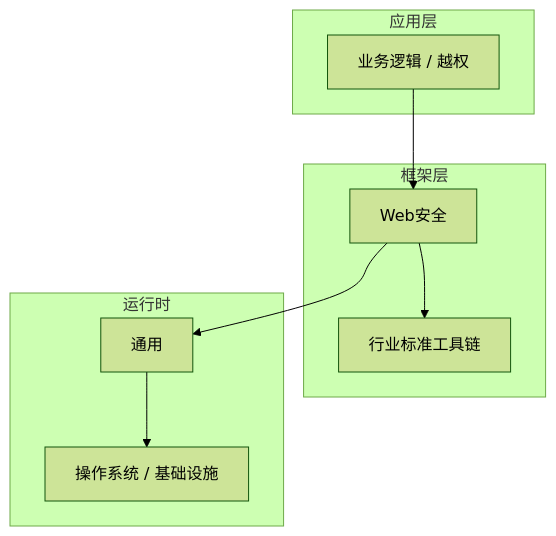
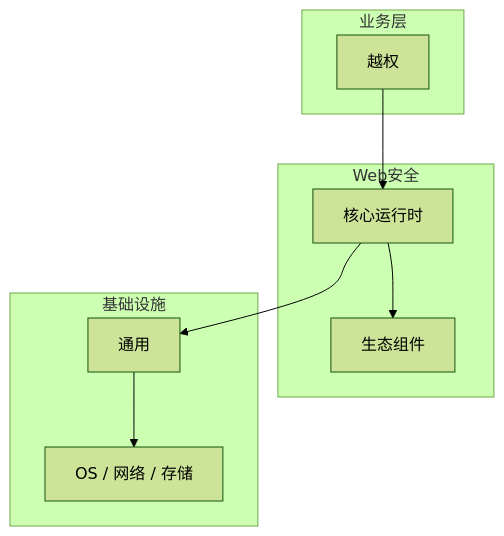
One commit to yanggan2015/knowledge-json-v2 changed the diagram in articles/Web安全/chapters/061-越权核心概念与原理.md. Above: the diagram before and after it, drawn with Mermaid (forest theme). The commit also changed other lines of this file and 10127 other files, not shown here.

````diff
--- a/articles/Web安全/chapters/061-越权核心概念与原理.md
+++ b/articles/Web安全/chapters/061-越权核心概念与原理.md
@@ -46,18 +31,18 @@
 ```mermaid
 graph TB
-    subgraph 应用层
-        A[业务逻辑 / 越权]
+    subgraph 业务层
+        A[越权]
     end
-    subgraph 框架层
-        B[Web安全]
-        C[行业标准工具链]
+    subgraph Web安全
+        B[核心运行时]
+        C[生态组件]
     end
-    subgraph 运行时
+    subgraph 基础设施
         D[通用]
-        E[操作系统 / 基础设施]
+        E[OS / 网络 / 存储]
     end
     A --> B
     B --> C
     B --> D
     D --> E
 ```
````
